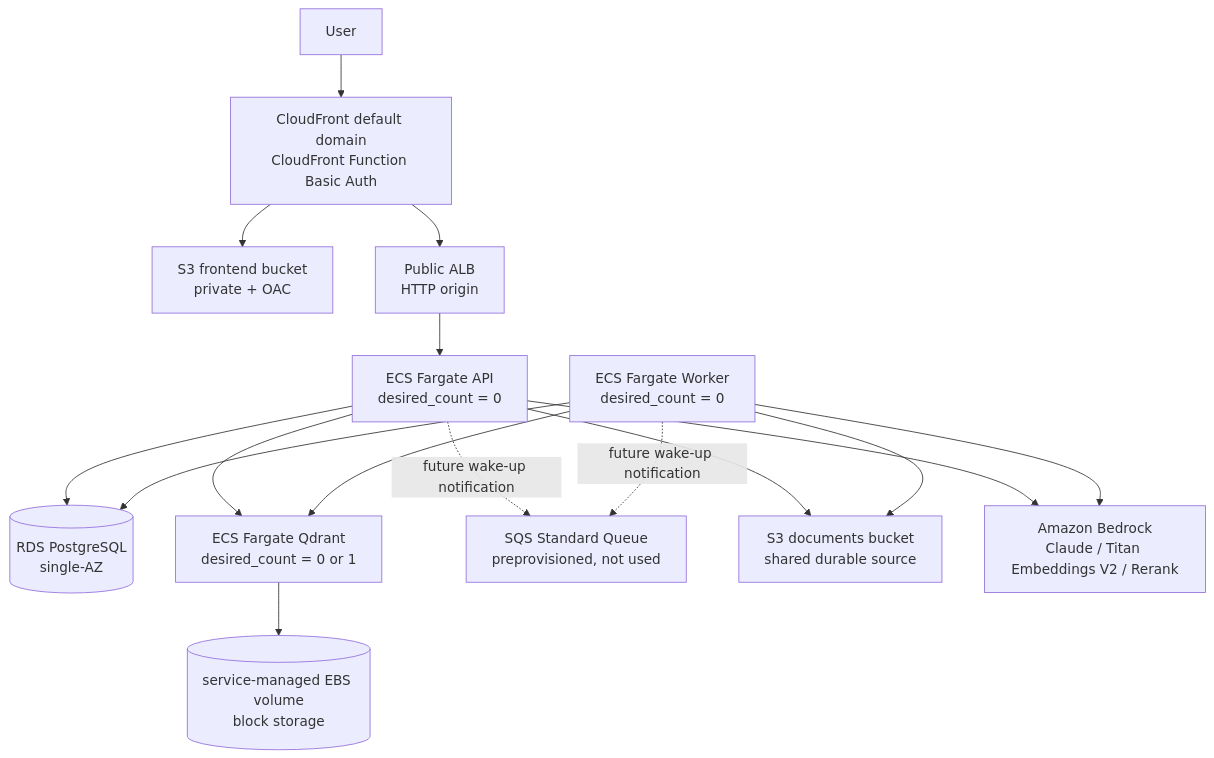
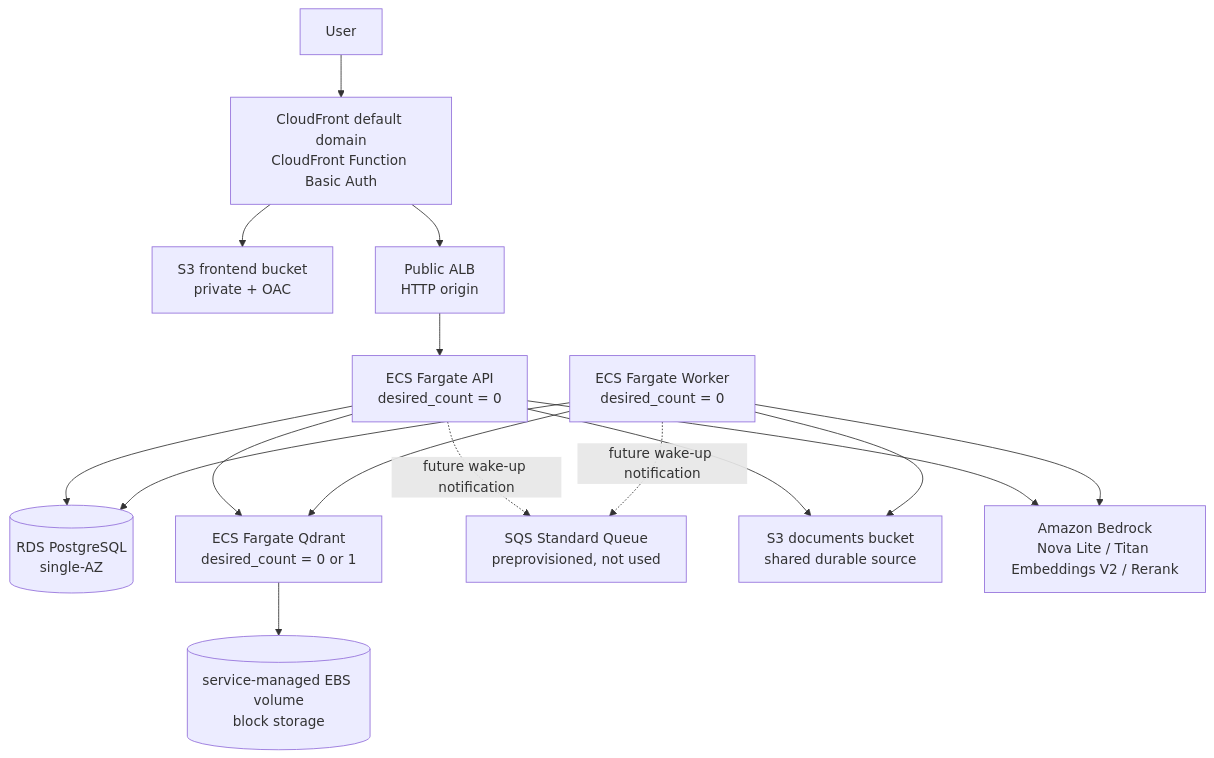
One commit to M4kuq/RAGProject changed the diagram in deploy/aws-ecs/README.md. Above: the diagram before and after it, drawn with Mermaid. The commit also changed other lines of this file and 7 other files, not shown here.

````diff
--- a/deploy/aws-ecs/README.md
+++ b/deploy/aws-ecs/README.md
@@ -7,18 +7,18 @@
 ```mermaid
 flowchart TD
   User[User] --> CF[CloudFront default domain<br/>CloudFront Function Basic Auth]
   CF --> S3Front[S3 frontend bucket<br/>private + OAC]
   CF --> ALB[Public ALB<br/>HTTP origin]
   ALB --> API[ECS Fargate API<br/>desired_count = 0]
   API --> RDS[(RDS PostgreSQL<br/>single-AZ)]
   API --> Qdrant[ECS Fargate Qdrant<br/>desired_count = 0 or 1]
   Worker[ECS Fargate Worker<br/>desired_count = 0] --> RDS
   Worker --> Qdrant
   API -. future wake-up notification .-> SQS[SQS Standard Queue<br/>preprovisioned, not used]
   Worker -. future wake-up notification .-> SQS
   API --> Docs[S3 documents bucket<br/>shared durable source]
   Worker --> Docs
   Qdrant --> EBS[(service-managed EBS volume<br/>block storage)]
-  API --> Bedrock[Amazon Bedrock<br/>Claude / Titan Embeddings V2 / Rerank]
+  API --> Bedrock[Amazon Bedrock<br/>Nova Lite / Titan Embeddings V2 / Rerank]
   Worker --> Bedrock
 ```
````
